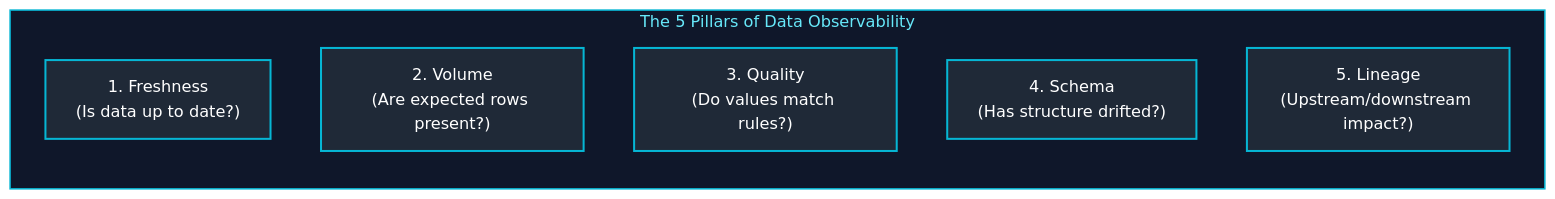
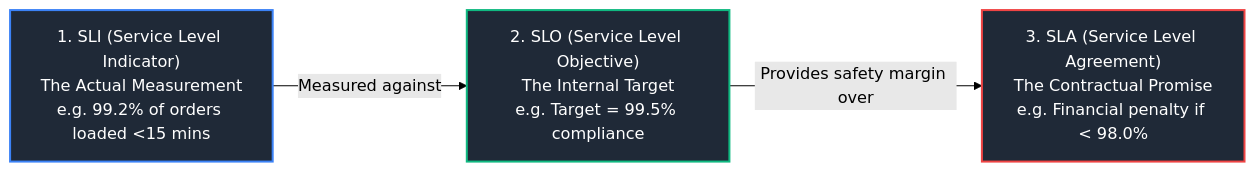
Before and after one commit to joydeep-biswas/Interview-Preparation: the seventh of 9 diagrams in Data Engineering/14_data_governance_security_and_observability.md, drawn with Mermaid (forest theme). The commit also changed other lines of this file and 143 other files, not shown here.

````diff
--- a/Data Engineering/14_data_governance_security_and_observability.md
+++ b/Data Engineering/14_data_governance_security_and_observability.md
@@ -397,18 +687,12 @@
 ```mermaid
 flowchart LR
-    subgraph FivePillars ["The 5 Pillars of Data Observability"]
-        P1["1. Freshness<br/>(Is data up to date?)"]
-        P2["2. Volume<br/>(Are expected rows present?)"]
-        P3["3. Quality<br/>(Do values match rules?)"]
-        P4["4. Schema<br/>(Has structure drifted?)"]
-        P5["5. Lineage<br/>(Upstream/downstream impact?)"]
-    end
+    SLI["1. SLI (Service Level Indicator)<br/>The Actual Measurement<br/>e.g. 99.2% of orders loaded <15 mins"]
+    SLO["2. SLO (Service Level Objective)<br/>The Internal Target<br/>e.g. Target = 99.5% compliance"]
+    SLA["3. SLA (Service Level Agreement)<br/>The Contractual Promise<br/>e.g. Financial penalty if < 98.0%"]
 
-    style FivePillars fill:#0f172a,stroke:#06b6d4,stroke-width:1.5px,color:#67e8f9
+    SLI -->|"Measured against"| SLO -->|"Provides safety margin over"| SLA
 
-    style P1 fill:#1f2937,stroke:#06b6d4,stroke-width:2px,color:#fff
-    style P2 fill:#1f2937,stroke:#06b6d4,stroke-width:2px,color:#fff
-    style P3 fill:#1f2937,stroke:#06b6d4,stroke-width:2px,color:#fff
-    style P4 fill:#1f2937,stroke:#06b6d4,stroke-width:2px,color:#fff
-    style P5 fill:#1f2937,stroke:#06b6d4,stroke-width:2px,color:#fff
+    style SLI fill:#1f2937,stroke:#3b82f6,stroke-width:2px,color:#fff
+    style SLO fill:#1f2937,stroke:#10b981,stroke-width:2px,color:#fff
+    style SLA fill:#1f2937,stroke:#ef4444,stroke-width:2px,color:#fff
 ```
````
